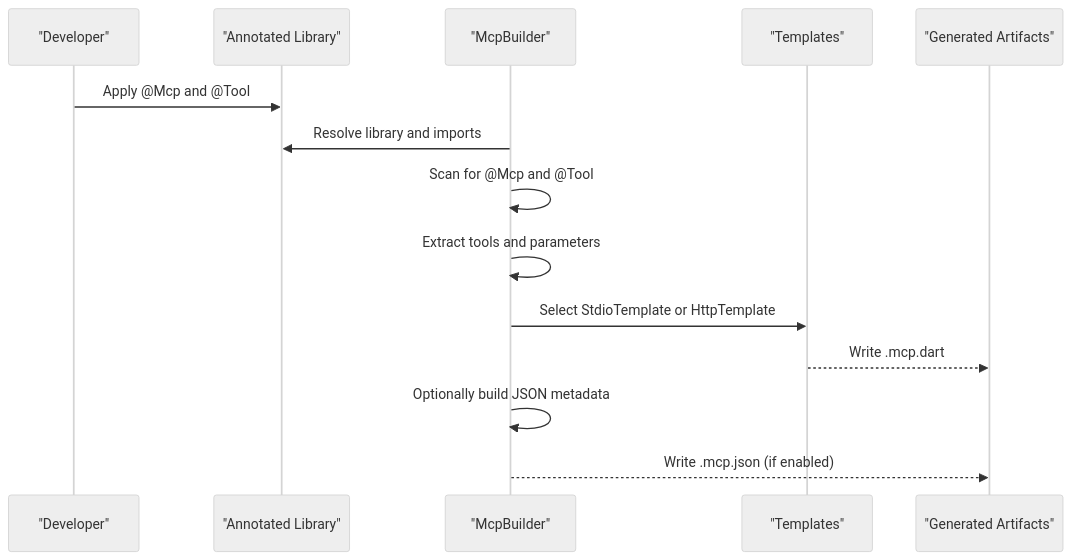
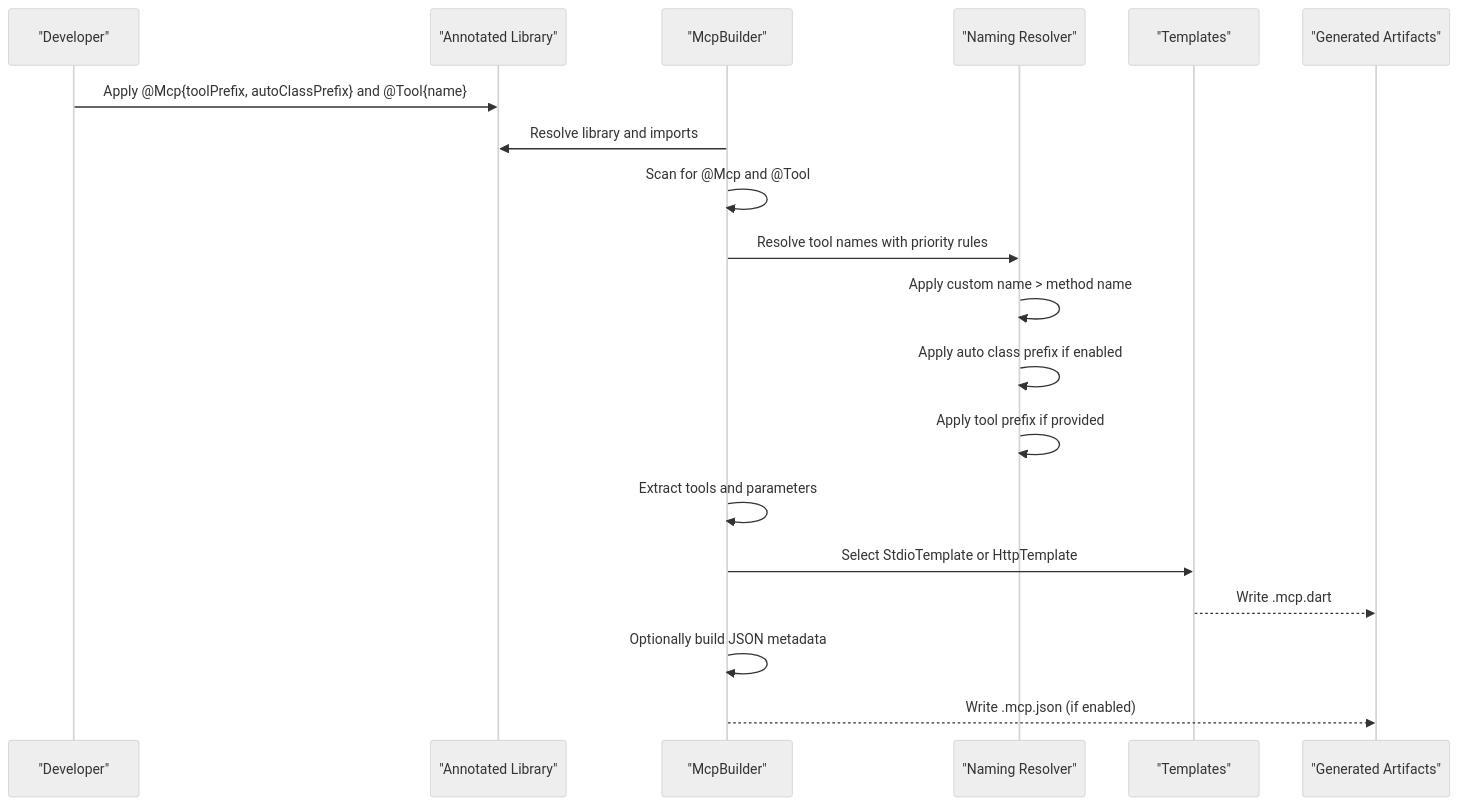
Before and after one commit to cdavis-code/easy_mcp_workspace: the second of 9 diagrams in .qoder/repowiki/en/content/Core Concepts/Annotation System Overview.md, drawn with Mermaid (neutral theme). The commit also changed other lines of this file and 8 other files, not shown here.

First line of the commit message:
fix: correct method name resolution when autoClassPrefix is enabled

````diff
--- a/.qoder/repowiki/en/content/Core Concepts/Annotation System Overview.md
+++ b/.qoder/repowiki/en/content/Core Concepts/Annotation System Overview.md
@@ -127,16 +140,21 @@
 ```mermaid
 sequenceDiagram
 participant Dev as "Developer"
 participant Lib as "Annotated Library"
 participant Gen as "McpBuilder"
+participant Name as "Naming Resolver"
 participant Tmpl as "Templates"
 participant Out as "Generated Artifacts"
-Dev->>Lib : Apply @Mcp and @Tool
+Dev->>Lib : Apply @Mcp{toolPrefix, autoClassPrefix} and @Tool{name}
 Gen->>Lib : Resolve library and imports
 Gen->>Gen : Scan for @Mcp and @Tool
+Gen->>Name : Resolve tool names with priority rules
+Name->>Name : Apply custom name > method name
+Name->>Name : Apply auto class prefix if enabled
+Name->>Name : Apply tool prefix if provided
 Gen->>Gen : Extract tools and parameters
 Gen->>Tmpl : Select StdioTemplate or HttpTemplate
 Tmpl-->>Out : Write .mcp.dart
 Gen->>Gen : Optionally build JSON metadata
 Gen-->>Out : Write .mcp.json (if enabled)
 ```
````
